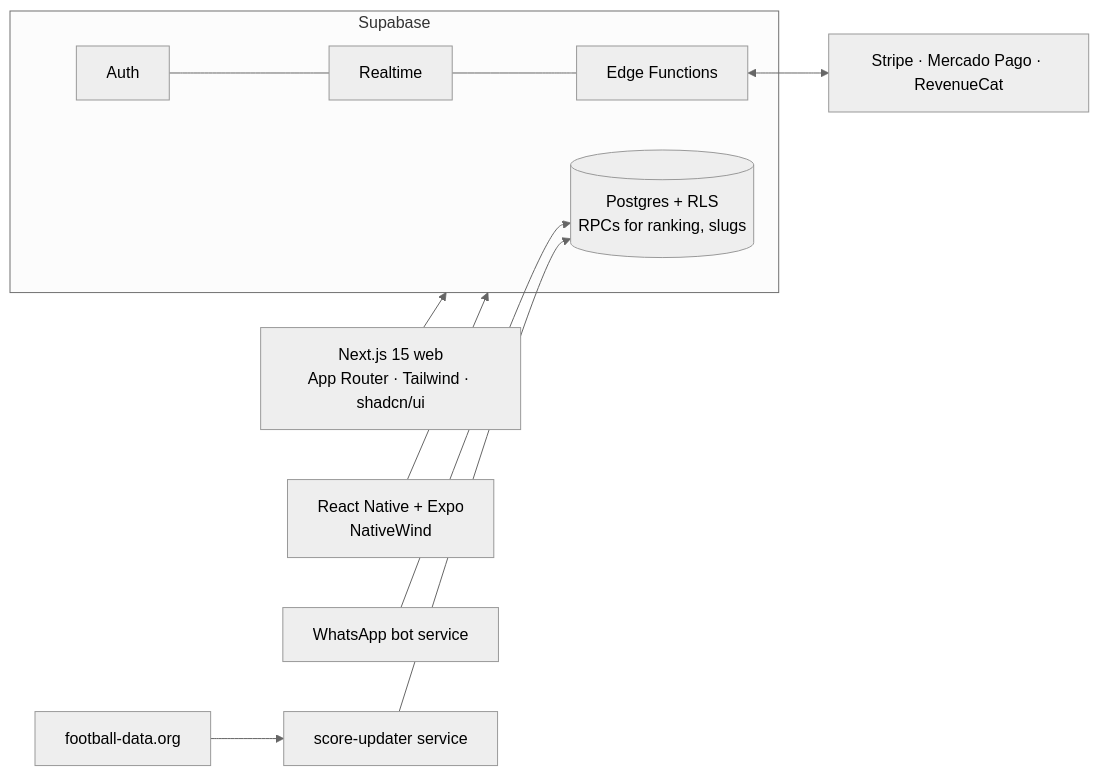
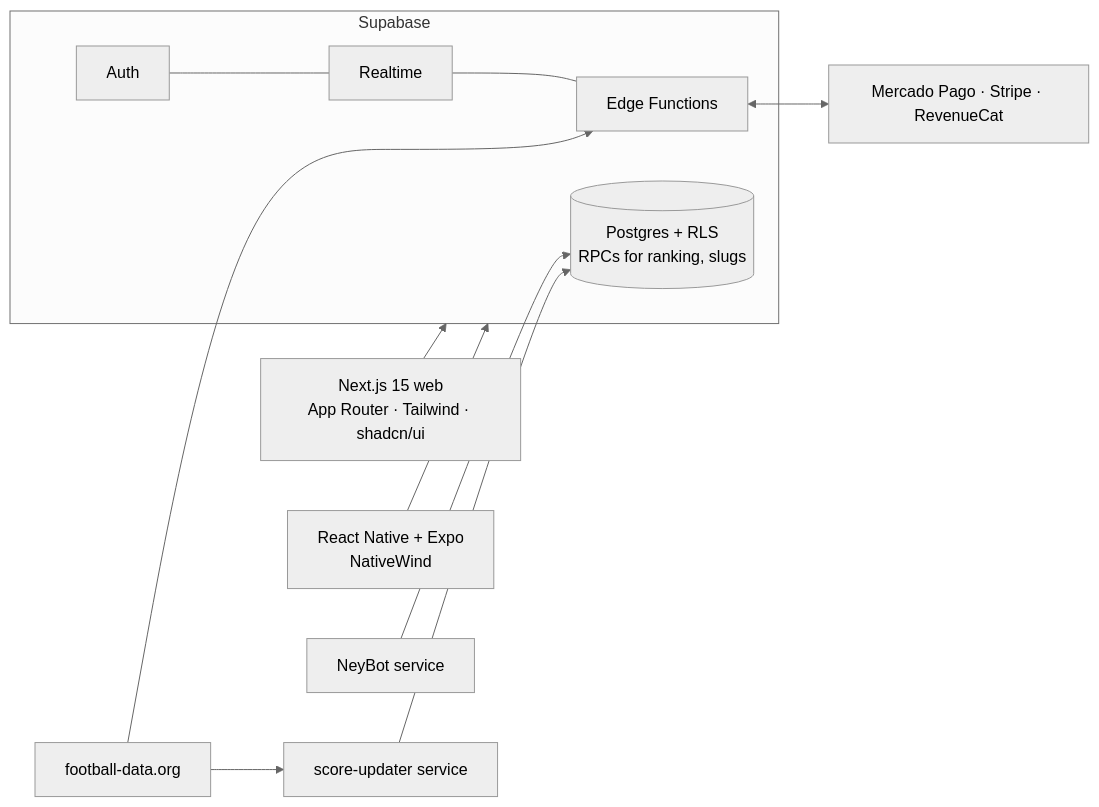
Before and after one commit to pjaragao/J-oBol-o: the second of 2 diagrams in README.md, drawn with Mermaid (neutral theme). The commit also changed other lines of this file, not shown here.

Commit message:
docs: describe NeyBot, Mercado Pago payments and data sources; remove AI mockups

````diff
--- a/README.md
+++ b/README.md
@@ -48,12 +59,13 @@
 ```mermaid
 flowchart LR
     WEB[Next.js 15 web<br/>App Router · Tailwind · shadcn/ui] --> SB
     MOB[React Native + Expo<br/>NativeWind] --> SB
     subgraph SB[Supabase]
       PG[(Postgres + RLS<br/>RPCs for ranking, slugs)]
       AU[Auth] --- RT[Realtime] --- ED[Edge Functions]
     end
     FD[football-data.org] --> SU[score-updater service] --> PG
-    ED <--> PAY[Stripe · Mercado Pago · RevenueCat]
-    BOT[WhatsApp bot service] --> PG
+    FD --> ED
+    ED <--> PAY[Mercado Pago · Stripe · RevenueCat]
+    BOT[NeyBot service] --> PG
 ```
````
